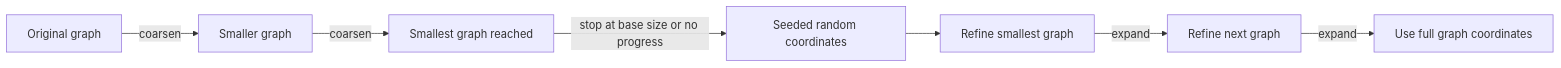
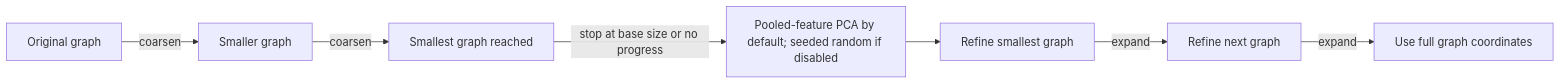
Before and after one commit to fabriziocosta/IteratedMinimumSpanningTree: the third of 4 diagrams in rank_only_multilevel_imste_initialisation.md, drawn with Mermaid. The commit also changed other lines of this file and 5 other files, not shown here.

Commit message:
Initialize coarse graph from pooled-feature PCA

````diff
--- a/rank_only_multilevel_imste_initialisation.md
+++ b/rank_only_multilevel_imste_initialisation.md
@@ -121,9 +123,9 @@
 ```mermaid
 flowchart LR
     L0[Original graph] -->|coarsen| L1[Smaller graph]
     L1 -->|coarsen| L2[Smallest graph reached]
-    L2 -->|stop at base size or no progress| Layout[Seeded random coordinates]
+    L2 -->|stop at base size or no progress| Layout[Pooled-feature PCA by default; seeded random if disabled]
     Layout --> R2[Refine smallest graph]
     R2 -->|expand| R1[Refine next graph]
     R1 -->|expand| R0[Use full graph coordinates]
 ```
````
